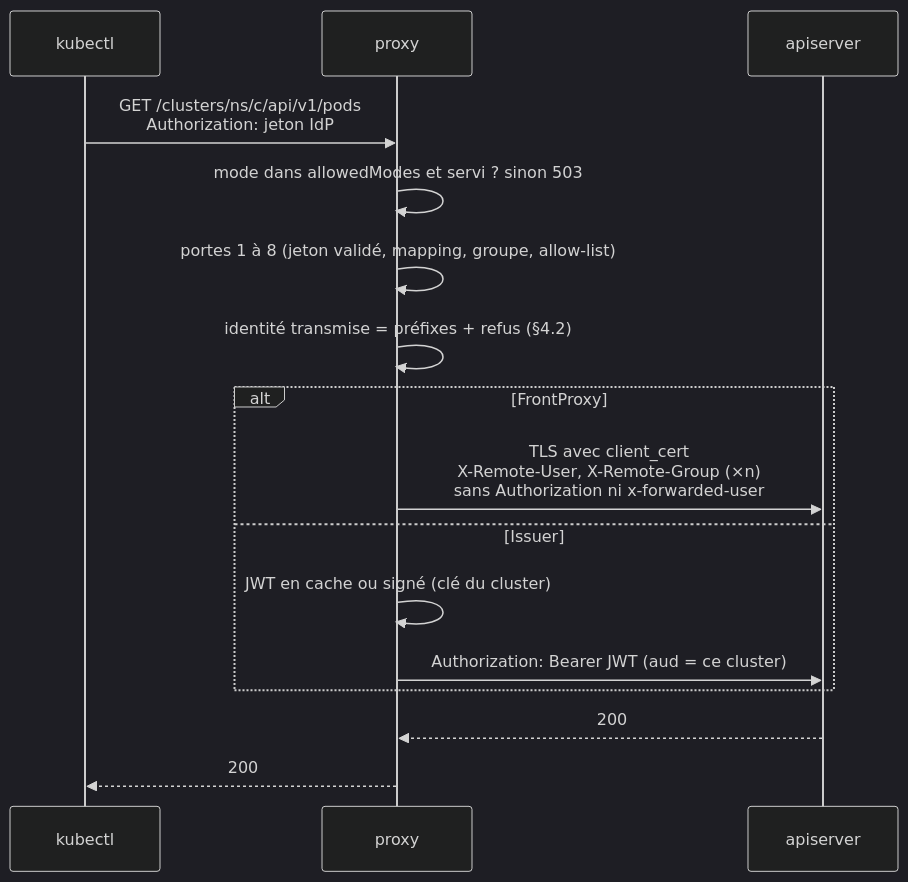
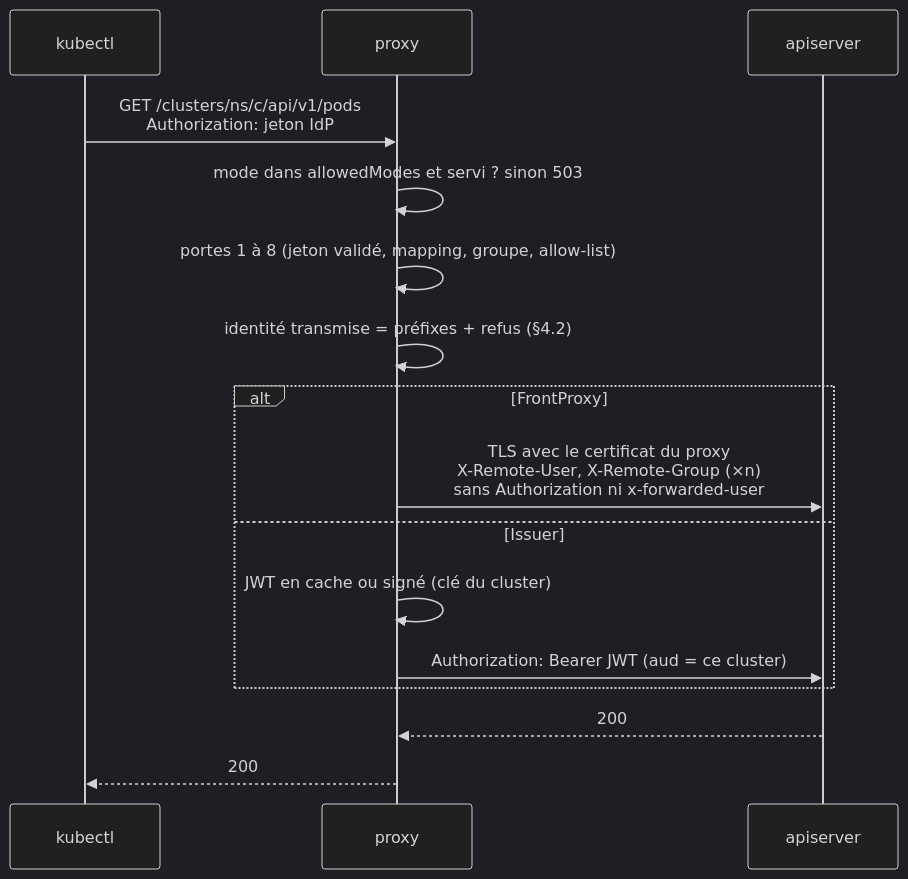
The second of 5 diagrams in .rfc/0014-trusted-authenticator.md (batleforc/ProxyAuthK8S), drawn with Mermaid (dark theme) before and after one commit. The commit also changed other lines of this file and 1 other file, not shown here.

````diff
--- a/.rfc/0014-trusted-authenticator.md
+++ b/.rfc/0014-trusted-authenticator.md
@@ -441,18 +603,18 @@
 ```mermaid
 sequenceDiagram
     participant K as kubectl
     participant P as proxy
     participant A as apiserver
     K->>P: GET /clusters/ns/c/api/v1/pods<br/>Authorization: jeton IdP
     P->>P: mode dans allowedModes et servi ? sinon 503
     P->>P: portes 1 à 8 (jeton validé, mapping, groupe, allow-list)
     P->>P: identité transmise = préfixes + refus (§4.2)
     alt FrontProxy
-        P->>A: TLS avec client_cert<br/>X-Remote-User, X-Remote-Group (×n)<br/>sans Authorization ni x-forwarded-user
+        P->>A: TLS avec le certificat du proxy<br/>X-Remote-User, X-Remote-Group (×n)<br/>sans Authorization ni x-forwarded-user
     else Issuer
         P->>P: JWT en cache ou signé (clé du cluster)
         P->>A: Authorization: Bearer JWT (aud = ce cluster)
     end
     A-->>P: 200
     P-->>K: 200
 ```
````
